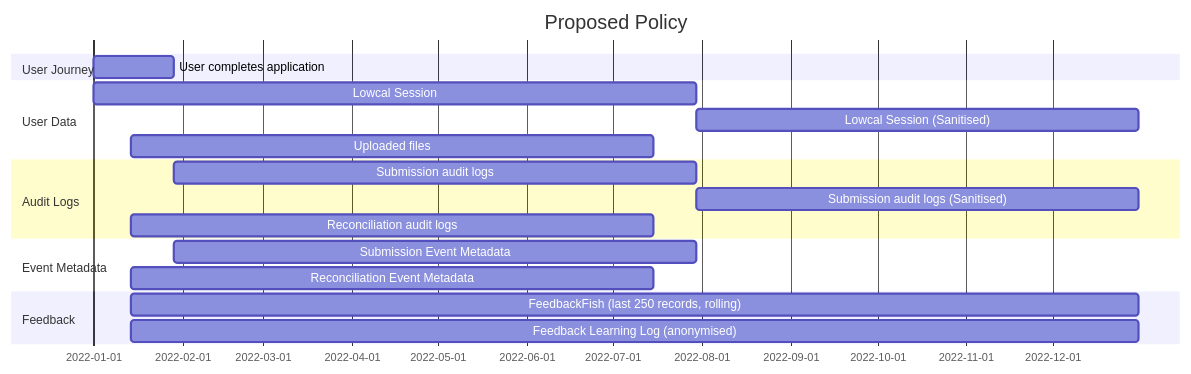
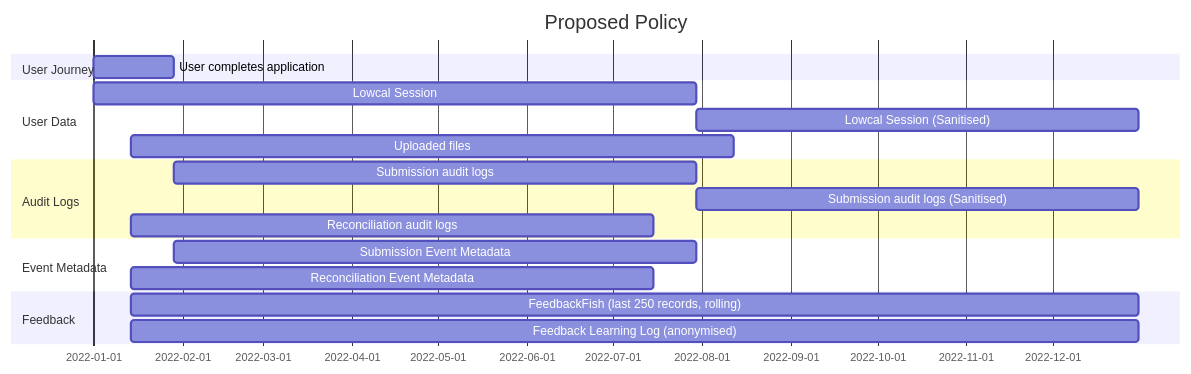
One commit to theopensystemslab/planx-new changed the second of 2 diagrams in doc/architecture/decisions/0005-data-retention-policy.md. Above: the diagram before and after it, drawn with Mermaid. The commit also changed other lines of this file, not shown here.

````diff
--- a/doc/architecture/decisions/0005-data-retention-policy.md
+++ b/doc/architecture/decisions/0005-data-retention-policy.md
@@ -47,26 +47,26 @@
 ```mermaid
 gantt
     title Proposed Policy
     dateFormat  YYYY-MM-DD
 
     section User Journey
     User completes application: uj1, 2022-01-01, 28d
 
     section User Data
     Lowcal Session: 2022-01-01, 210d
     Lowcal Session (Sanitised): 2022-12-31
-    Uploaded files: 2022-01-14, 182d
+    Uploaded files: 2022-01-14, 210d
 
     section Audit Logs
     Submission audit logs: after uj1, 182d
     Submission audit logs (Sanitised): 2022-12-31
     Reconciliation audit logs: 2022-01-14, 182d
 
     section Event Metadata
     Submission Event Metadata: after uj1, 182d
     Reconciliation Event Metadata: 2022-01-14, 182d
 
     section Feedback
     FeedbackFish (last 250 records, rolling): 2022-01-14, 2022-12-31
     Feedback Learning Log (anonymised): 2022-01-14, 2022-12-31
 ```
````
